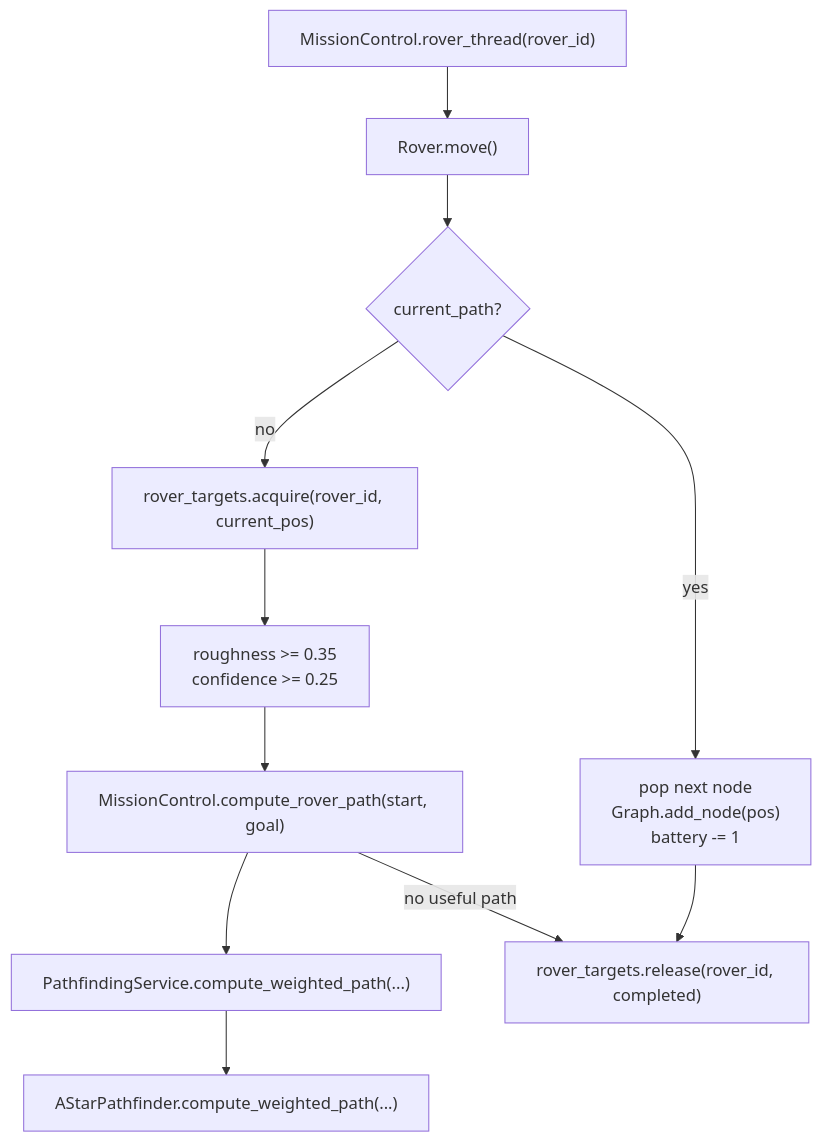
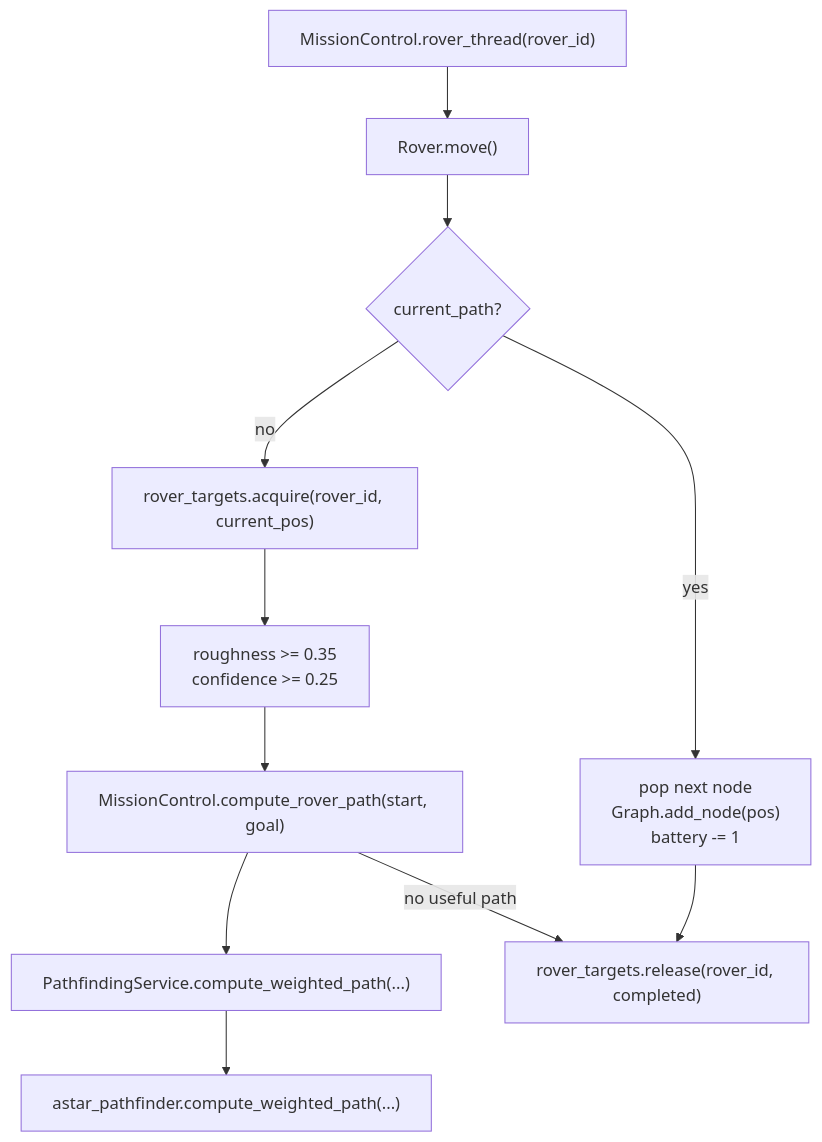
Before and after one commit to Gmark117/Cave_Game: diagram 11 of 14 in CODEFLOW.md, drawn with Mermaid. The commit also changed other lines of this file and 117 other files, not shown here.

````diff
--- a/CODEFLOW.md
+++ b/CODEFLOW.md
@@ -713,18 +713,18 @@
 ```mermaid
 flowchart TD
     Thread["MissionControl.rover_thread(rover_id)"]
     Move["Rover.move()"]
     HasPath{"current_path?"}
     Step["pop next node<br/>Graph.add_node(pos)<br/>battery -= 1"]
     Acquire["rover_targets.acquire(rover_id, current_pos)"]
     Target["roughness >= 0.35<br/>confidence >= 0.25"]
     Path["MissionControl.compute_rover_path(start, goal)"]
     Service["PathfindingService.compute_weighted_path(...)"]
-    Weighted["AStarPathfinder.compute_weighted_path(...)"]
+    Weighted["astar_pathfinder.compute_weighted_path(...)"]
     Release["rover_targets.release(rover_id, completed)"]
 
     Thread --> Move --> HasPath
     HasPath -->|"yes"| Step --> Release
     HasPath -->|"no"| Acquire --> Target --> Path --> Service --> Weighted
     Path -->|"no useful path"| Release
 ```
````
